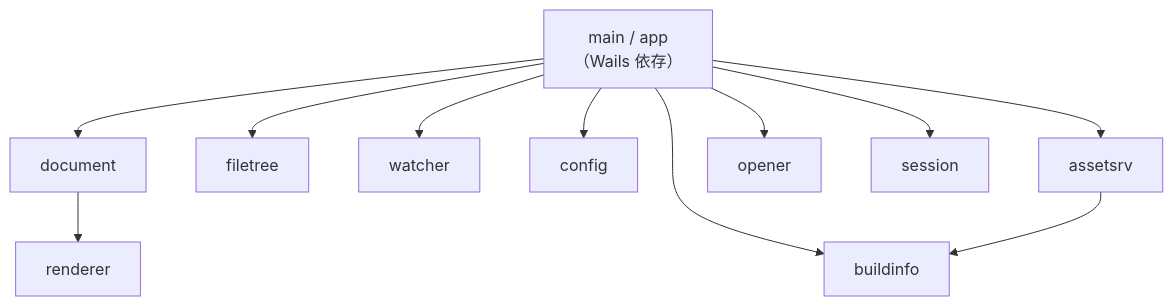
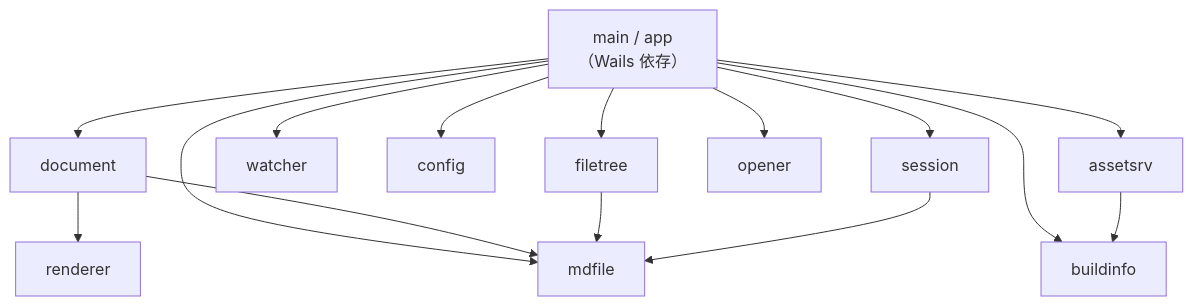
The diagram in docs/specs/10-impl-overview.md (kznagamori/go_MarkView), drawn with Mermaid before and after one commit. The commit also changed other lines of this file and 24 other files, not shown here.

````diff
--- a/docs/specs/10-impl-overview.md
+++ b/docs/specs/10-impl-overview.md
@@ -105,13 +108,17 @@
 ```mermaid
 flowchart TD
     MAIN["main / app<br/>（Wails 依存）"] --> DOC["document"]
+    MAIN --> MDF["mdfile"]
     MAIN --> TREE["filetree"]
     MAIN --> WATCH["watcher"]
     MAIN --> CFG["config"]
     MAIN --> ASSET["assetsrv"]
     MAIN --> OPEN["opener"]
     MAIN --> BI["buildinfo"]
     MAIN --> SESS["session"]
     DOC --> REND["renderer"]
+    DOC --> MDF
+    TREE --> MDF
+    SESS --> MDF
     ASSET --> BI
 ```
````
